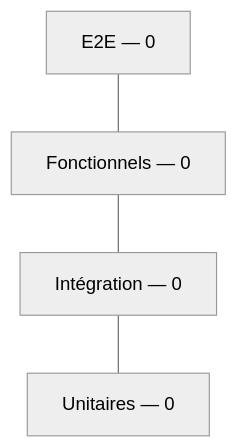
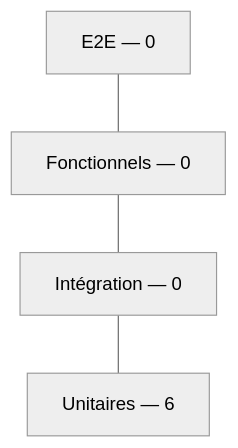
The first of 5 diagrams in docs/runtime/09_TEST_STATUS.md (JavaChrist/Tai-Chi-AI-Coach), drawn with Mermaid (neutral theme) before and after one commit. The commit also changed other lines of this file and 59 other files, not shown here.

````diff
--- a/docs/runtime/09_TEST_STATUS.md
+++ b/docs/runtime/09_TEST_STATUS.md
@@ -82,10 +99,10 @@
 ```mermaid
 flowchart TB
   E2E[E2E — 0]
   F[Fonctionnels — 0]
   I[Intégration — 0]
-  U[Unitaires — 0]
+  U[Unitaires — 6]
   E2E --- F
   F --- I
   I --- U
 ```
````
